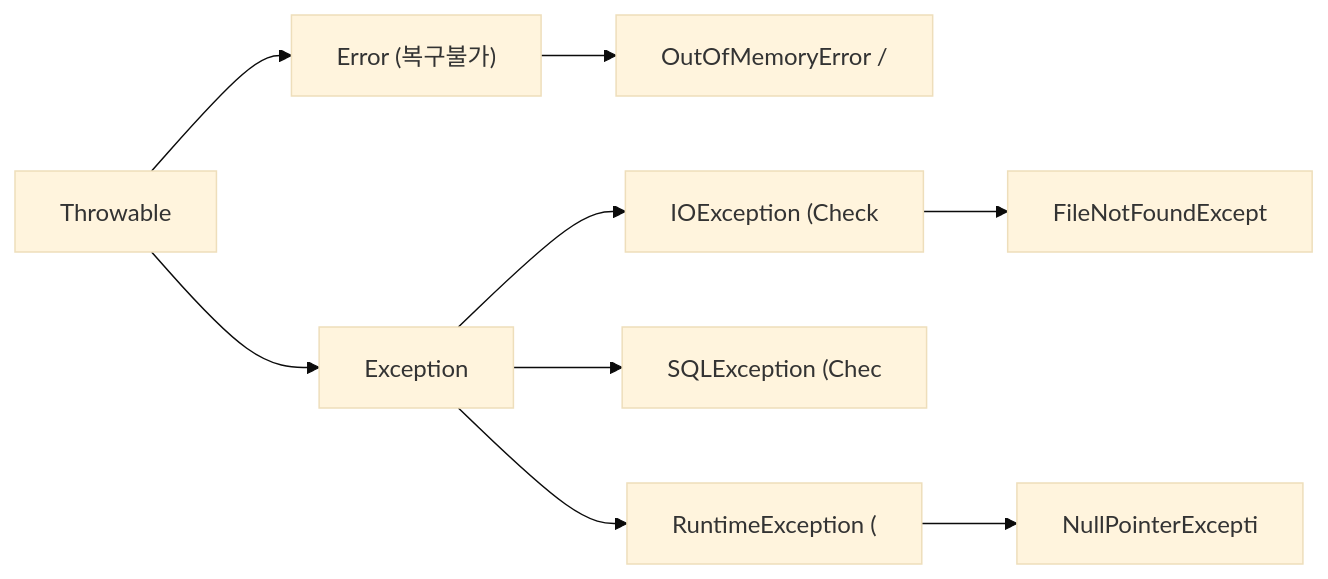
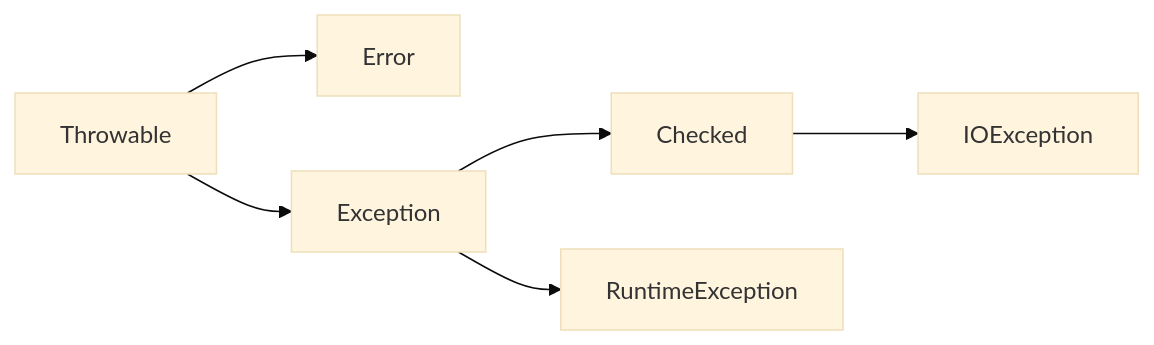
One commit to yjkim2015/yjkim2015.github.io changed the first of 4 diagrams in _posts/java/2026-05-01-java-exception.md. Above: the diagram before and after it, drawn with Mermaid (base theme). The commit also changed other lines of this file and 163 other files, not shown here.

First line of the commit message:
Mermaid 300개 블록 내용 축소: 5노드 5엣지 이하, 의미 있는 약어

````diff
--- a/_posts/java/2026-05-01-java-exception.md
+++ b/_posts/java/2026-05-01-java-exception.md
@@ -20,8 +20,6 @@
 ```mermaid
 graph LR
-    A["Throwable"] --> B["Error (복구불가)"] & C["Exception"]
-    B --> B1["OutOfMemoryError /"]
-    C --> D["IOException (Check"] & E["SQLException (Chec"] & F["RuntimeException ("]
-    D --> D1["FileNotFoundExcept"]
-    F --> F1["NullPointerExcepti"]
+    A["Throwable"] --> B["Error"] & C["Exception"]
+    C --> D["Checked"] & E["RuntimeException"]
+    D --> D1["IOException"]
 ```
````
